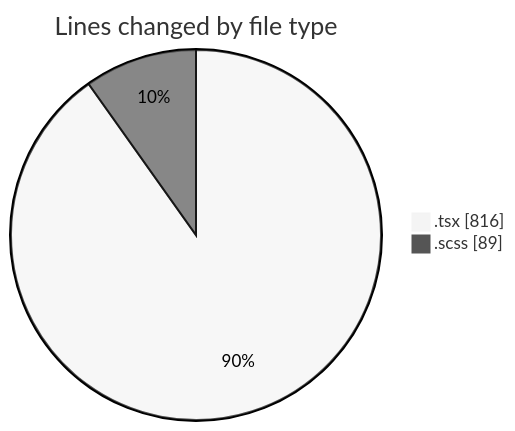
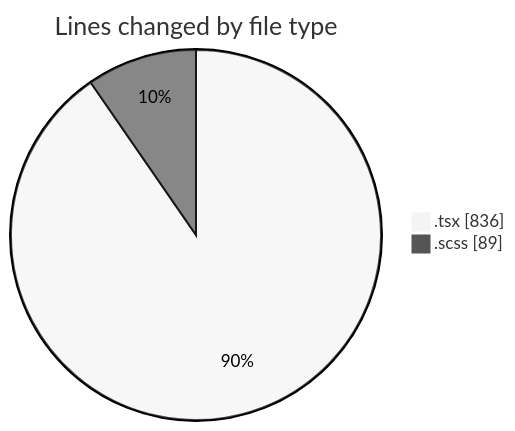
Before and after one commit to momahboobian/code-tracking: the first of 2 diagrams in 2025-04-10/cda/README.md, drawn with Mermaid (neutral theme). The commit also changed other lines of this file and 1 other file, not shown here.

````diff
--- a/2025-04-10/cda/README.md
+++ b/2025-04-10/cda/README.md
@@ -22,6 +22,6 @@
 ```mermaid
 pie showData
 title Lines changed by file type
-".tsx" : 816
+".tsx" : 836
 ".scss" : 89
 ```
````
